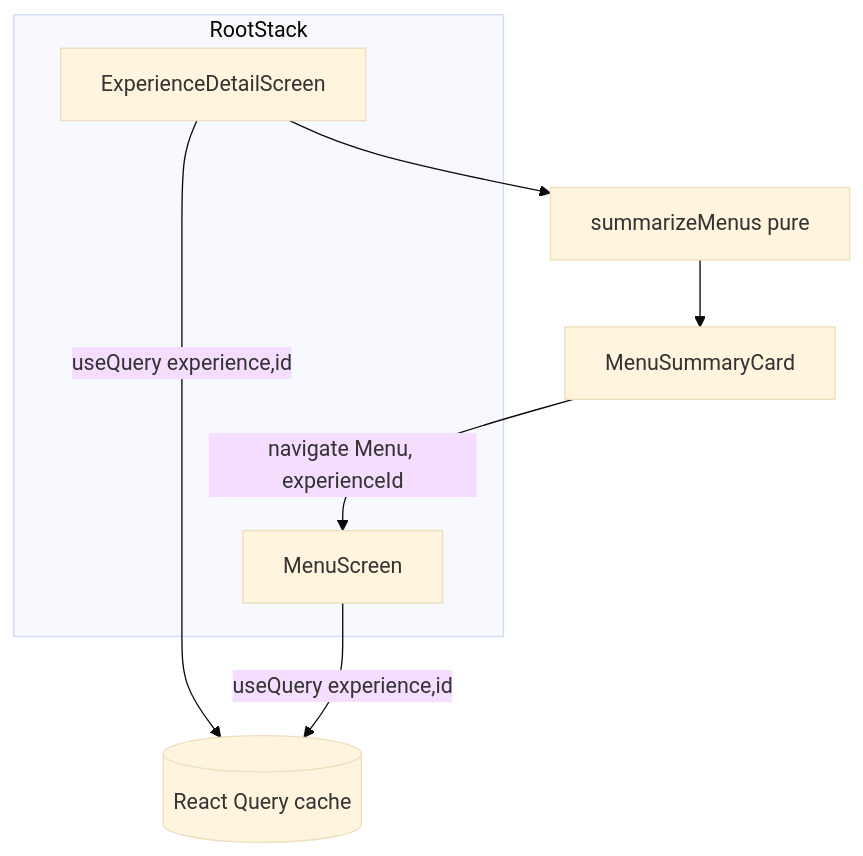
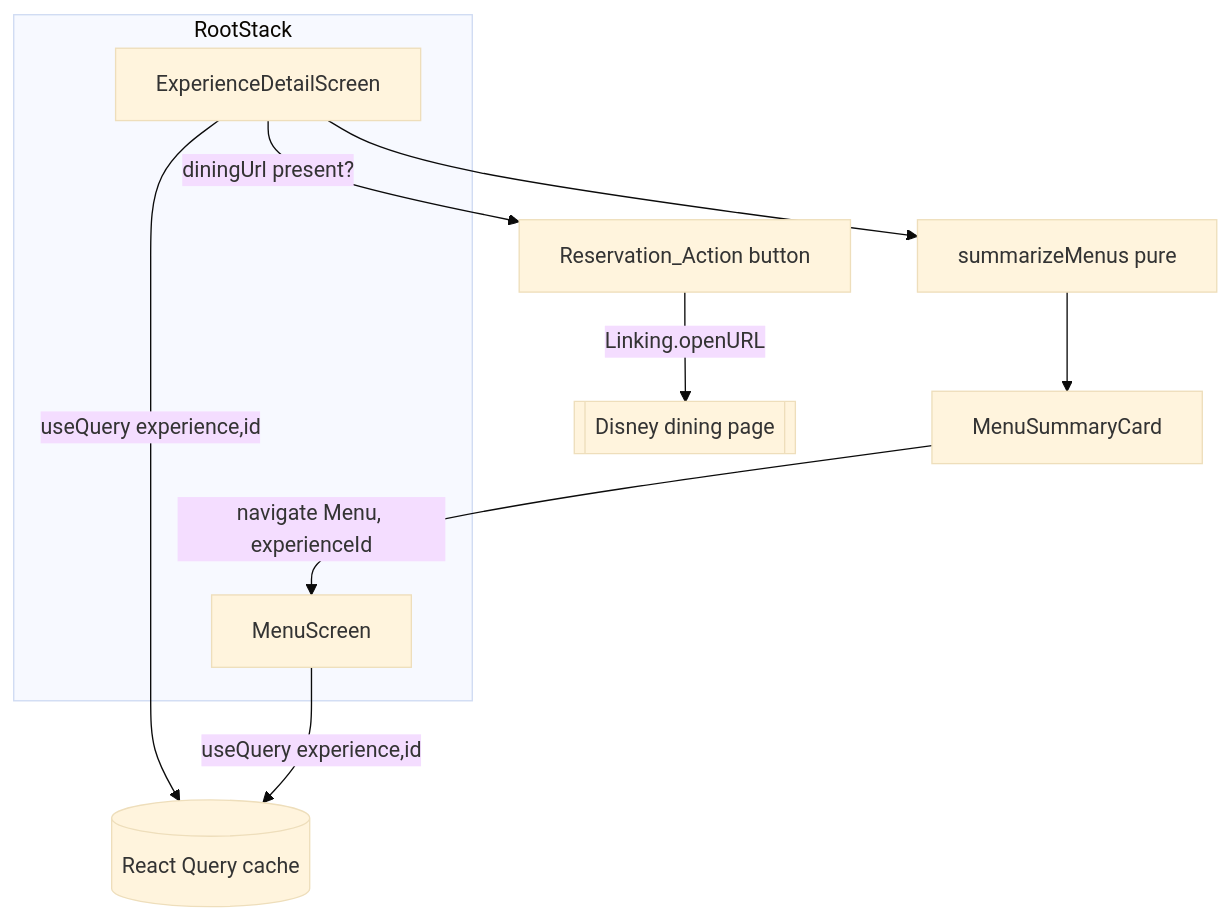
One commit to knicksak2/disney-world-tracker changed the second of 3 diagrams in .kiro/specs/restaurant-menu-display/design.md. Above: the diagram before and after it, drawn with Mermaid (base theme). The commit also changed other lines of this file and 197 other files, not shown here.

````diff
--- a/.kiro/specs/restaurant-menu-display/design.md
+++ b/.kiro/specs/restaurant-menu-display/design.md
@@ -138,12 +154,14 @@
 ```mermaid
 flowchart TD
     subgraph RootStack
       Detail[ExperienceDetailScreen]
       Menu[MenuScreen]
     end
     Detail -->|useQuery experience,id| Q[(React Query cache)]
     Detail --> Summarize[summarizeMenus pure]
     Summarize --> Card[MenuSummaryCard]
     Card -->|navigate Menu, experienceId| Menu
     Menu -->|useQuery experience,id| Q
+    Detail -->|diningUrl present?| Reserve[Reservation_Action button]
+    Reserve -->|Linking.openURL| Disney[[Disney dining page]]
 ```
````
